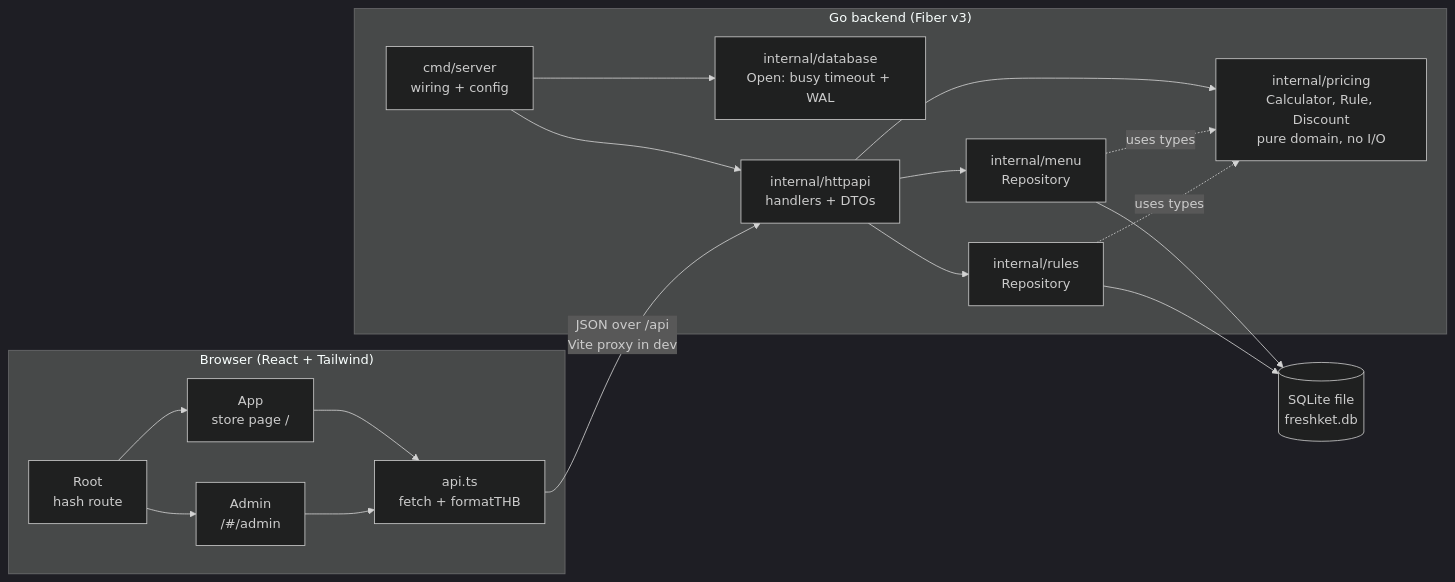
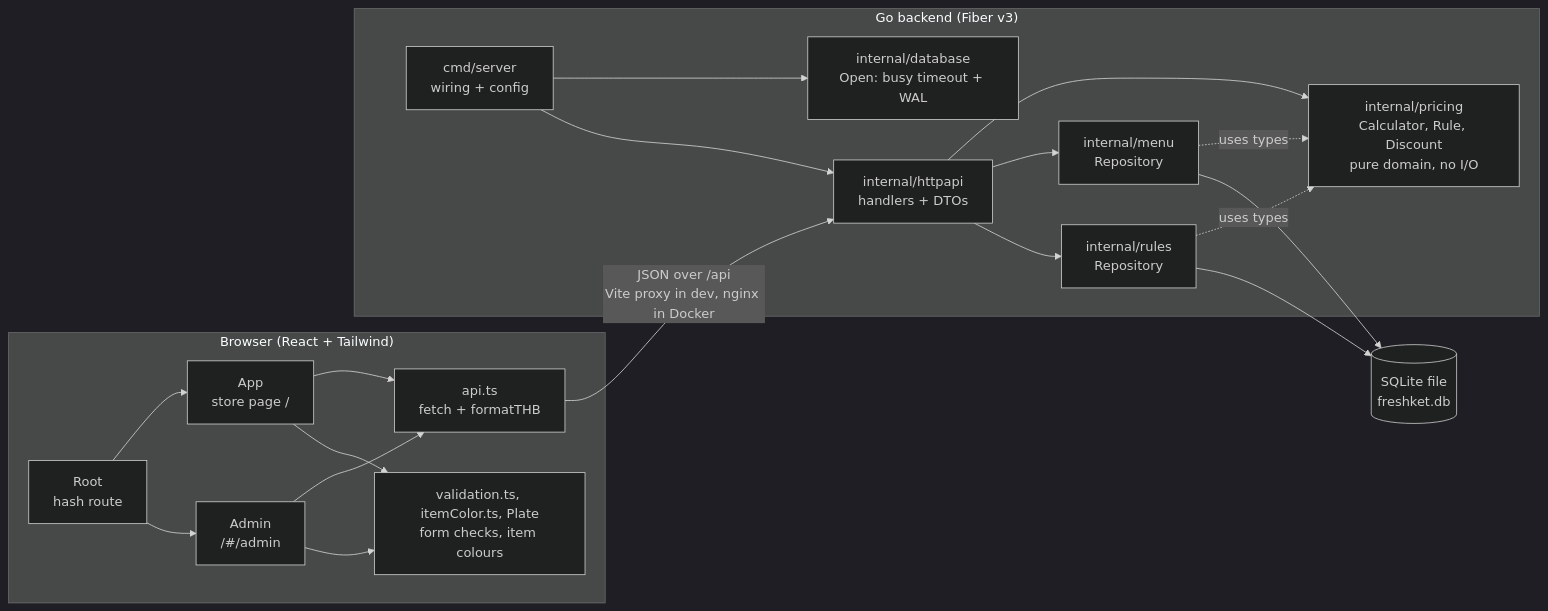
Before and after one commit to Gravizz/freshket: the first of 10 diagrams in docs/ARCHITECTURE.md, drawn with Mermaid (dark theme). The commit also changed other lines of this file and 3 other files, not shown here.

First line of the commit message:
docs: align SPEC, ARCHITECTURE and AGENTS with the code

````diff
--- a/docs/ARCHITECTURE.md
+++ b/docs/ARCHITECTURE.md
@@ -16,35 +16,38 @@
 ```mermaid
 flowchart LR
     subgraph Browser["Browser (React + Tailwind)"]
         Root["Root<br/>hash route"]
         Store["App<br/>store page /"]
         Admin["Admin<br/>/#/admin"]
+        Helpers["validation.ts, itemColor.ts, Plate<br/>form checks, item colours"]
         API["api.ts<br/>fetch + formatTHB"]
         Root --> Store
         Root --> Admin
         Store --> API
         Admin --> API
+        Admin --> Helpers
+        Store --> Helpers
     end
 
     subgraph Server["Go backend (Fiber v3)"]
         Main["cmd/server<br/>wiring + config"]
         DBPkg["internal/database<br/>Open: busy timeout + WAL"]
         HTTP["internal/httpapi<br/>handlers + DTOs"]
         Pricing["internal/pricing<br/>Calculator, Rule, Discount<br/>pure domain, no I/O"]
         Menu["internal/menu<br/>Repository"]
         Rules["internal/rules<br/>Repository"]
         Main --> DBPkg
         Main --> HTTP
         HTTP --> Pricing
         HTTP --> Menu
         HTTP --> Rules
         Menu -. "uses types" .-> Pricing
         Rules -. "uses types" .-> Pricing
     end
 
     DB[("SQLite file<br/>freshket.db")]
 
-    API -- "JSON over /api<br/>Vite proxy in dev" --> HTTP
+    API -- "JSON over /api<br/>Vite proxy in dev, nginx in Docker" --> HTTP
     Menu --> DB
     Rules --> DB
 ```
````
